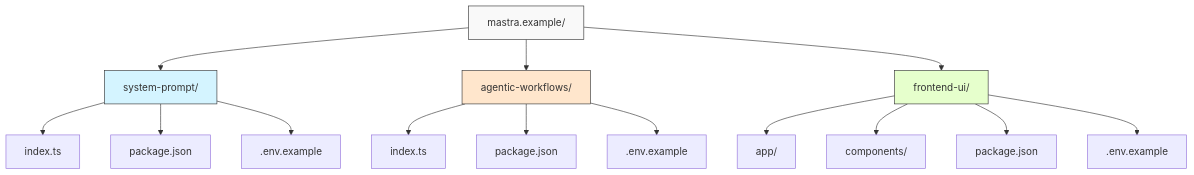
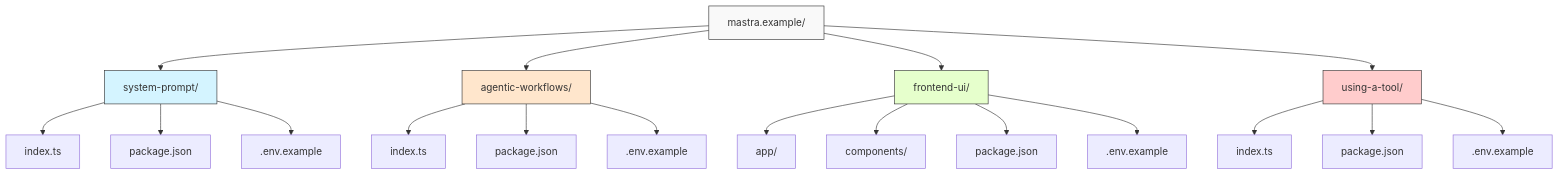
The diagram in README.md (WdknWdkn/mastra.example), drawn with Mermaid before and after one commit. The commit also changed other lines of this file and 9 other files, not shown here.

````diff
--- a/README.md
+++ b/README.md
@@ -7,24 +7,30 @@
 ```mermaid
 graph TD
     A[mastra.example/] --> B[system-prompt/]
     A --> C[agentic-workflows/]
     A --> D[frontend-ui/]
+    A --> E[using-a-tool/]
     
     B --> B1[index.ts]
     B --> B2[package.json]
     B --> B3[.env.example]
     
     C --> C1[index.ts]
     C --> C2[package.json]
     C --> C3[.env.example]
     
     D --> D1[app/]
     D --> D2[components/]
     D --> D3[package.json]
     D --> D4[.env.example]
     
+    E --> E1[index.ts]
+    E --> E2[package.json]
+    E --> E3[.env.example]
+    
     style A fill:#f9f9f9,stroke:#333,stroke-width:1px
     style B fill:#d4f4ff,stroke:#333,stroke-width:1px
     style C fill:#ffe6cc,stroke:#333,stroke-width:1px
     style D fill:#e6ffcc,stroke:#333,stroke-width:1px
+    style E fill:#ffcccc,stroke:#333,stroke-width:1px
 ```
````
